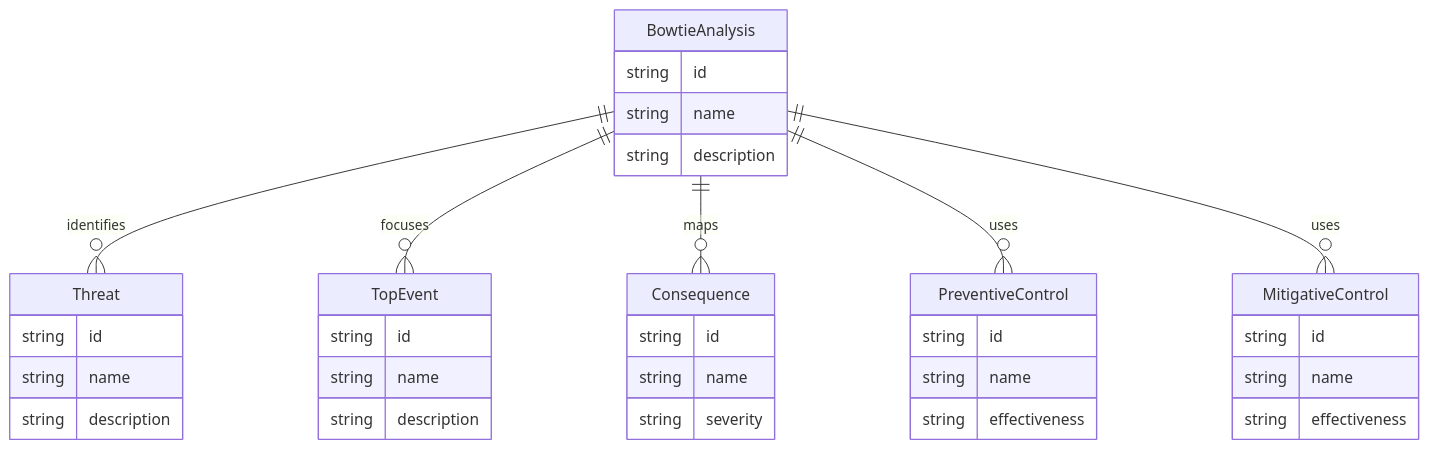
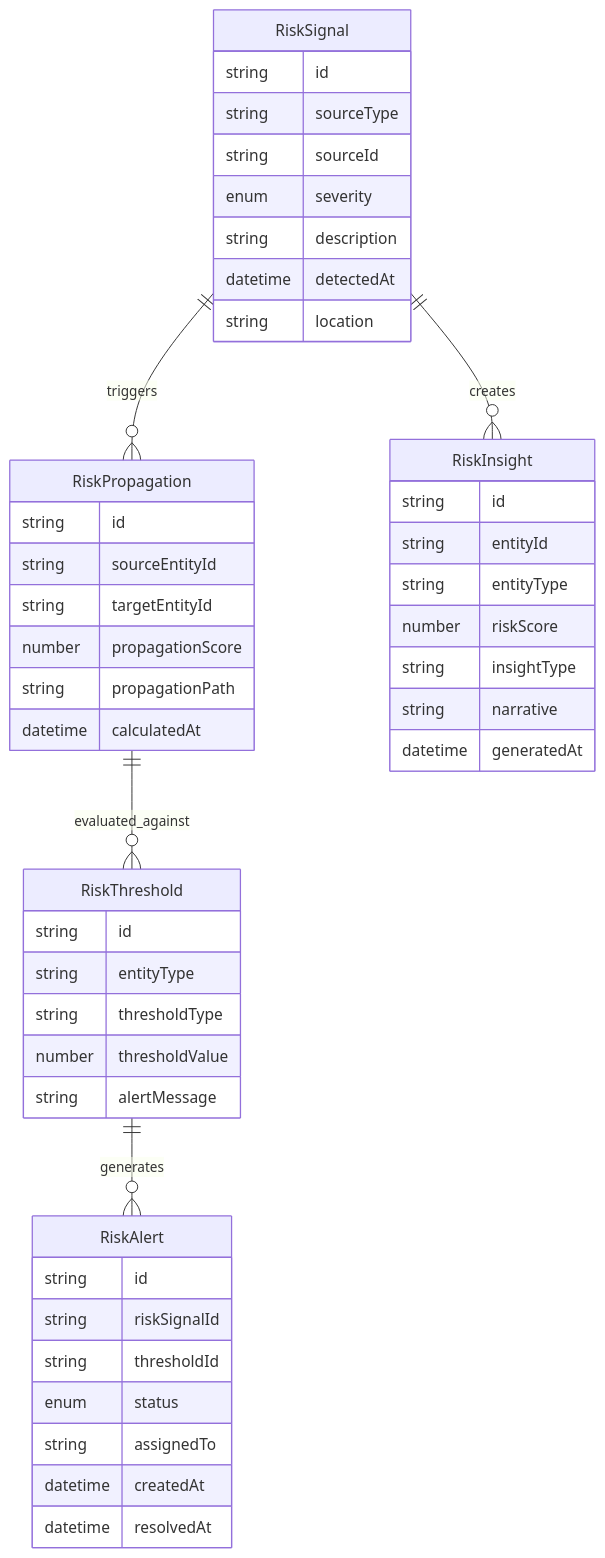
Before and after one commit to Duds/capopt_platform: the tenth of 11 diagrams in docs/design/solution-architecture-design.md, drawn with Mermaid. The commit also changed other lines of this file and 43 other files, not shown here.

````diff
--- a/docs/design/solution-architecture-design.md
+++ b/docs/design/solution-architecture-design.md
@@ -756,38 +581,49 @@
 ```mermaid
 erDiagram
-    BowtieAnalysis {
+    RiskSignal {
         string id
-        string name
+        string sourceType
+        string sourceId
+        enum severity
         string description
+        datetime detectedAt
+        string location
     }
-    Threat {
+    RiskPropagation {
         string id
-        string name
-        string description
+        string sourceEntityId
+        string targetEntityId
+        number propagationScore
+        string propagationPath
+        datetime calculatedAt
     }
-    TopEvent {
+    RiskThreshold {
         string id
-        string name
-        string description
+        string entityType
+        string thresholdType
+        number thresholdValue
+        string alertMessage
     }
-    Consequence {
+    RiskAlert {
         string id
-        string name
-        string severity
+        string riskSignalId
+        string thresholdId
+        enum status
+        string assignedTo
+        datetime createdAt
+        datetime resolvedAt
     }
-    PreventiveControl {
+    RiskInsight {
         string id
-        string name
-        string effectiveness
+        string entityId
+        string entityType
+        number riskScore
+        string insightType
+        string narrative
+        datetime generatedAt
     }
-    MitigativeControl {
-        string id
-        string name
-        string effectiveness
-    }
-    BowtieAnalysis ||--o{ Threat : identifies
-    BowtieAnalysis ||--o{ TopEvent : focuses
-    BowtieAnalysis ||--o{ Consequence : maps
-    BowtieAnalysis ||--o{ PreventiveControl : uses
-    BowtieAnalysis ||--o{ MitigativeControl : uses
+    RiskSignal ||--o{ RiskPropagation : triggers
+    RiskPropagation ||--o{ RiskThreshold : evaluated_against
+    RiskThreshold ||--o{ RiskAlert : generates
+    RiskSignal ||--o{ RiskInsight : creates
 ```
````
